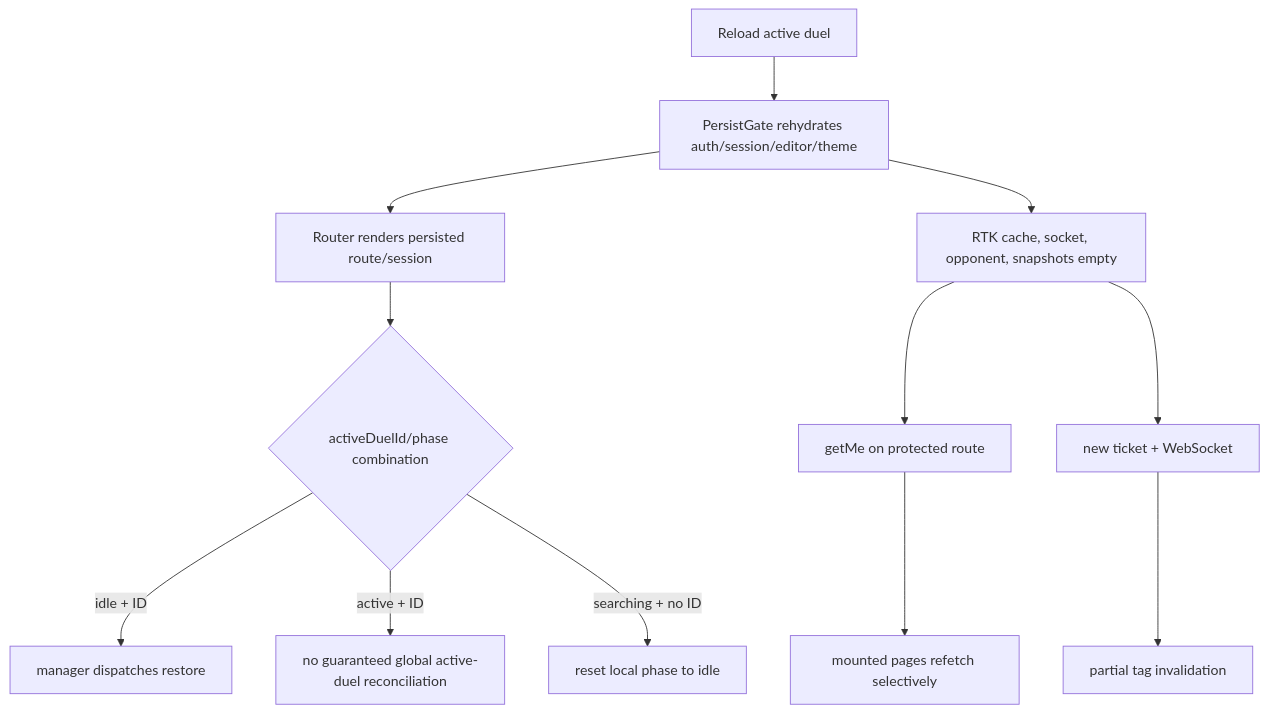
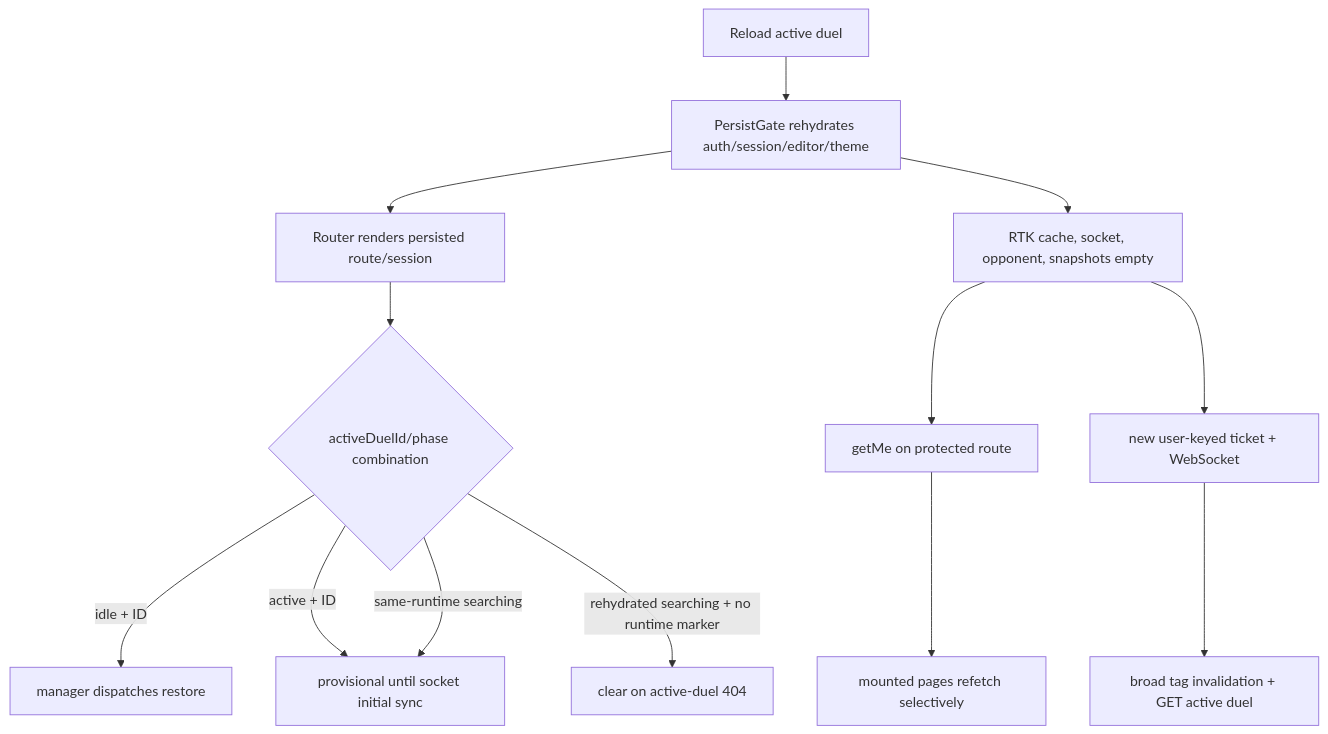
Before and after one commit to DIvanCode/CoDuels-Frontend: the diagram in docs/processes/reload-recovery-and-multiple-tabs.md, drawn with Mermaid. The commit also changed other lines of this file and 70 other files, not shown here.

Commit message:
fix(duel-session): keep active duel state synchronized (#80)

````diff
--- a/docs/processes/reload-recovery-and-multiple-tabs.md
+++ b/docs/processes/reload-recovery-and-multiple-tabs.md
@@ -46,14 +46,15 @@
 ```mermaid
 flowchart TD
     reload["Reload active duel"] --> gate["PersistGate rehydrates auth/session/editor/theme"]
     gate --> route["Router renders persisted route/session"]
     gate --> empty["RTK cache, socket, opponent, snapshots empty"]
     empty --> auth["getMe on protected route"]
-    empty --> socket["new ticket + WebSocket"]
+    empty --> socket["new user-keyed ticket + WebSocket"]
     route --> active{"activeDuelId/phase combination"}
     active -- idle + ID --> restore["manager dispatches restore"]
-    active -- active + ID --> retained["no guaranteed global active-duel reconciliation"]
-    active -- searching + no ID --> reset["reset local phase to idle"]
+    active -- active + ID --> provisional["provisional until socket initial sync"]
+    active -- same-runtime searching --> provisional
+    active -- rehydrated searching + no runtime marker --> staleSearch["clear on active-duel 404"]
     auth --> queries["mounted pages refetch selectively"]
-    socket --> invalidate["partial tag invalidation"]
+    socket --> invalidate["broad tag invalidation + GET active duel"]
 ```
````
